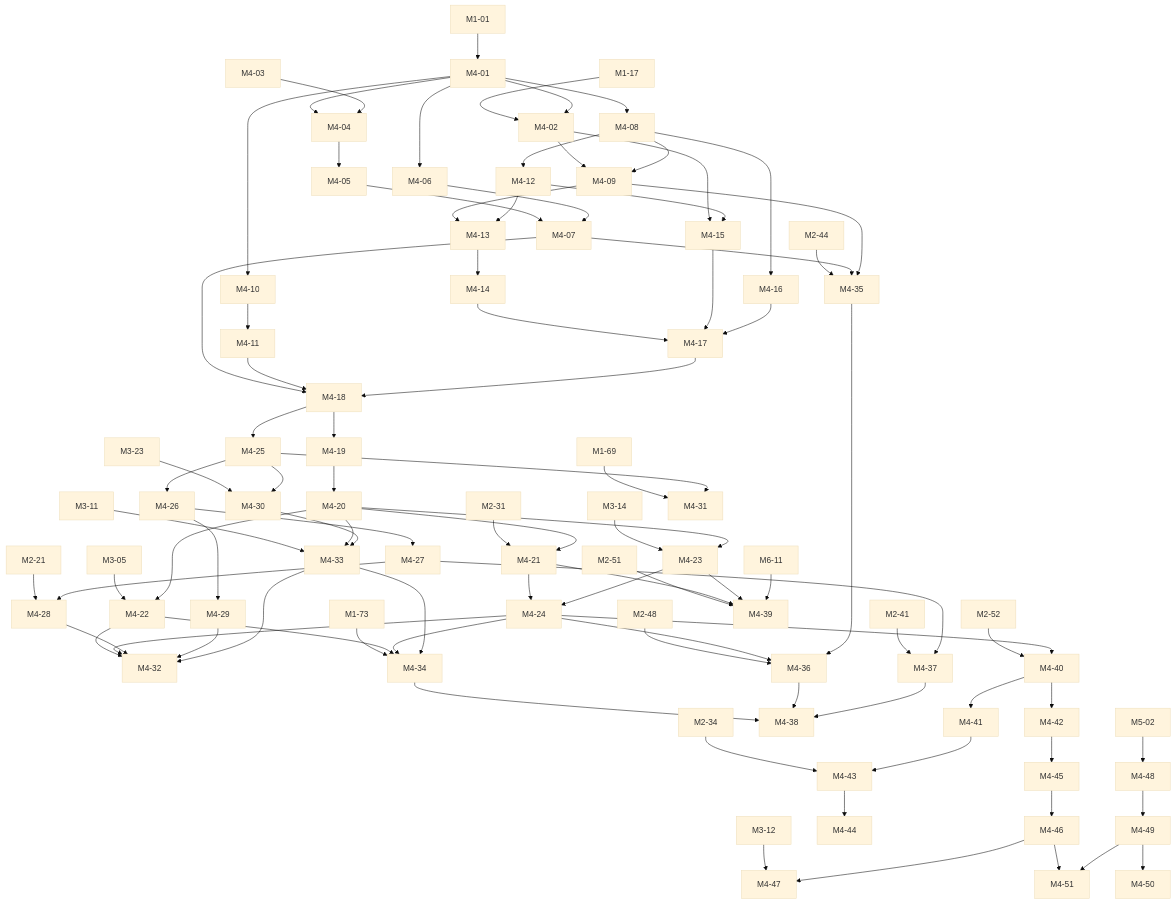
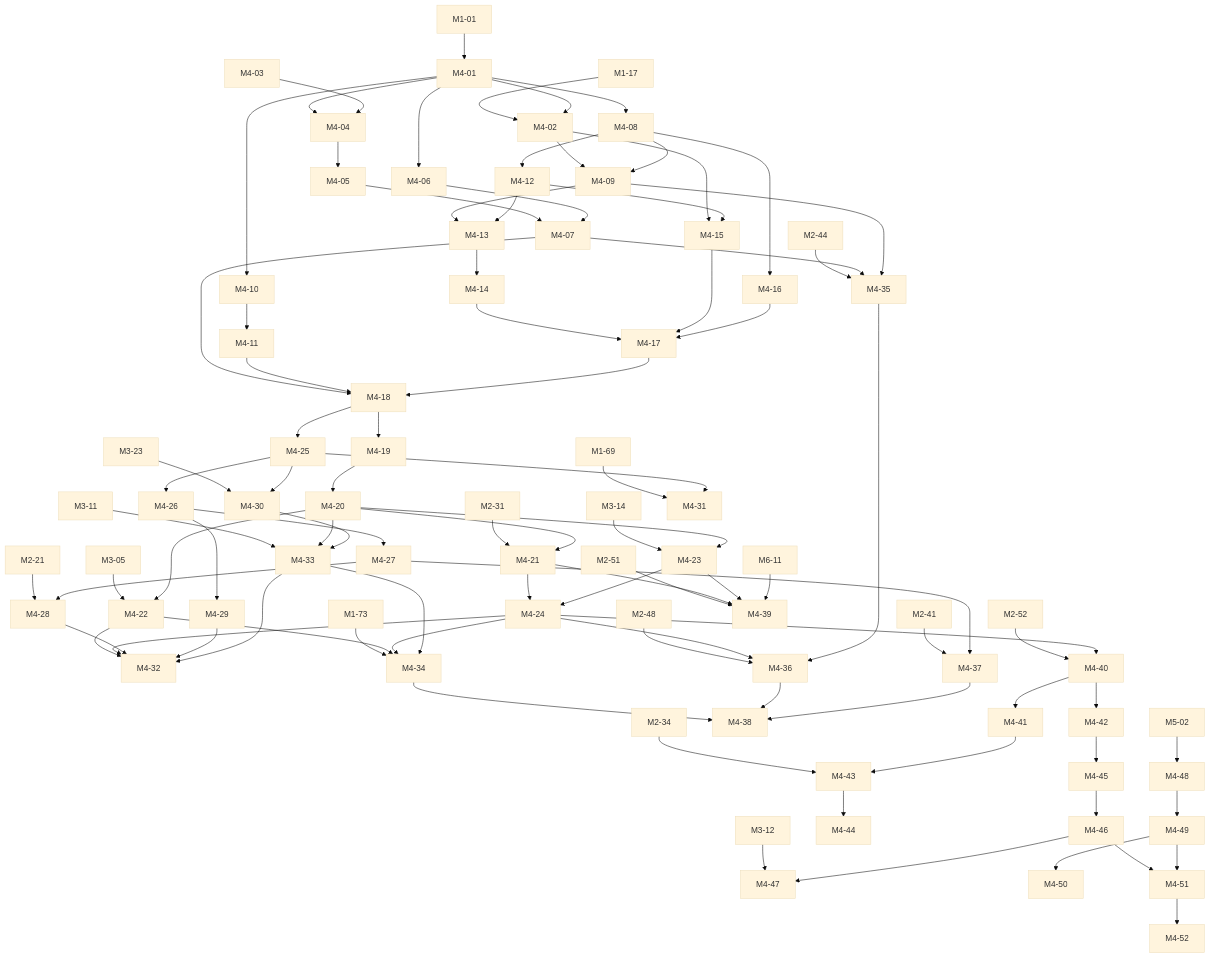
Before and after one commit to mguttmann/bothy: the fourth of 8 diagrams in docs/briefs/README.md, drawn with Mermaid (base theme). The commit also changed other lines of this file and 67 other files, not shown here.

````diff
--- a/docs/briefs/README.md
+++ b/docs/briefs/README.md
@@ -994,6 +995,7 @@
   M4_49["M4-49"]
   M4_50["M4-50"]
   M4_51["M4-51"]
+  M4_52["M4-52"]
   M5_02["M5-02"]
   M6_11["M6-11"]
   M1_01 --> M4_01
@@ -1086,4 +1088,5 @@
   M4_49 --> M4_50
   M4_46 --> M4_51
   M4_49 --> M4_51
+  M4_51 --> M4_52
 ```
````
